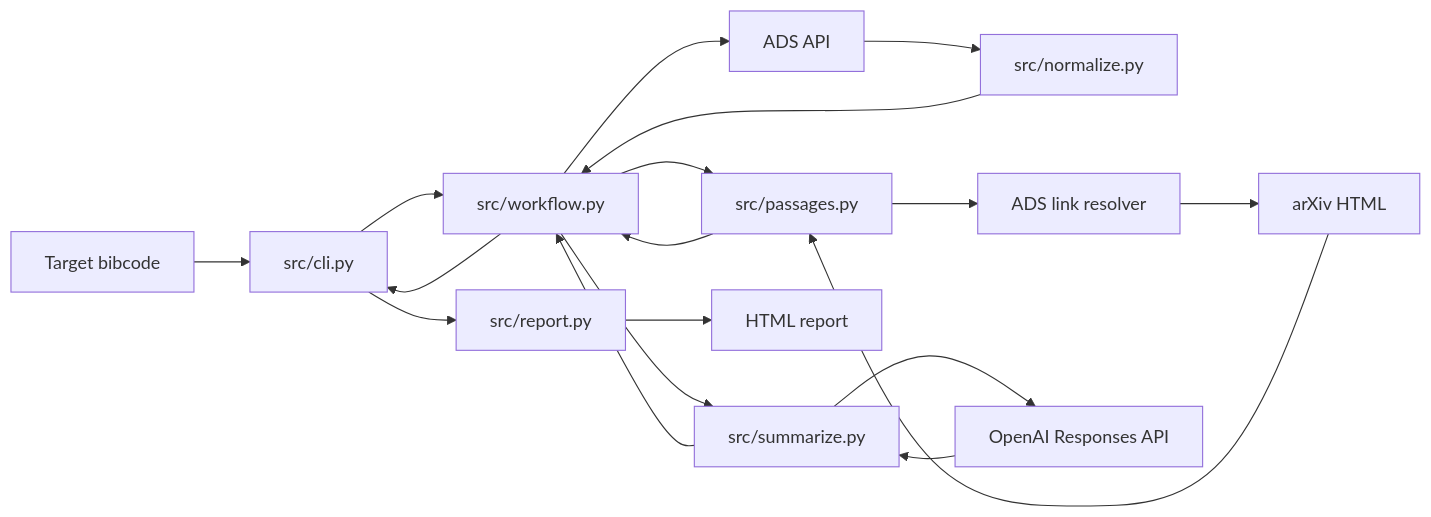
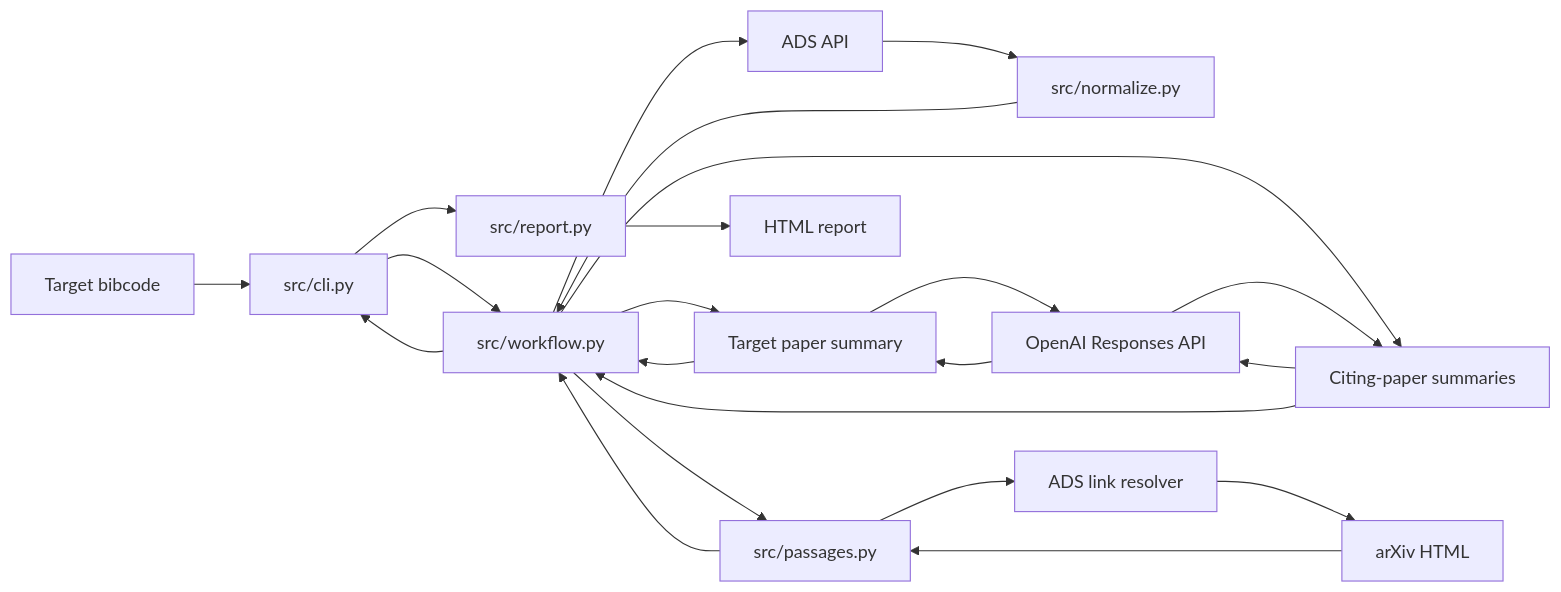
Before and after one commit to ttepperg/citation-agent: the diagram in PIPELINE.md, drawn with Mermaid. The commit also changed other lines of this file and 8 other files, not shown here.

Commit message:
Add target paper summary to HTML report

````diff
--- a/PIPELINE.md
+++ b/PIPELINE.md
@@ -5,21 +6,25 @@
 ```mermaid
 flowchart LR
     User[Target bibcode] --> CLI[src/cli.py]
     CLI --> Workflow[src/workflow.py]
     Workflow --> ADS[ADS API]
     ADS --> Normalize[src/normalize.py]
     Normalize --> Workflow
+    Workflow --> TargetSummary[Target paper summary]
+    TargetSummary --> OpenAI[OpenAI Responses API]
+    OpenAI --> TargetSummary
+    TargetSummary --> Workflow
     Workflow --> Passages[src/passages.py]
     Passages --> Resolver[ADS link resolver]
     Resolver --> Arxiv[arXiv HTML]
     Arxiv --> Passages
     Passages --> Workflow
-    Workflow --> Summarize[src/summarize.py]
-    Summarize --> OpenAI[OpenAI Responses API]
-    OpenAI --> Summarize
-    Summarize --> Workflow
+    Workflow --> CitationSummary[Citing-paper summaries]
+    CitationSummary --> OpenAI
+    OpenAI --> CitationSummary
+    CitationSummary --> Workflow
     Workflow --> CLI
     CLI --> Report[src/report.py]
     Report --> HTML[HTML report]
     Report ~~~ CLI
 ```
````
